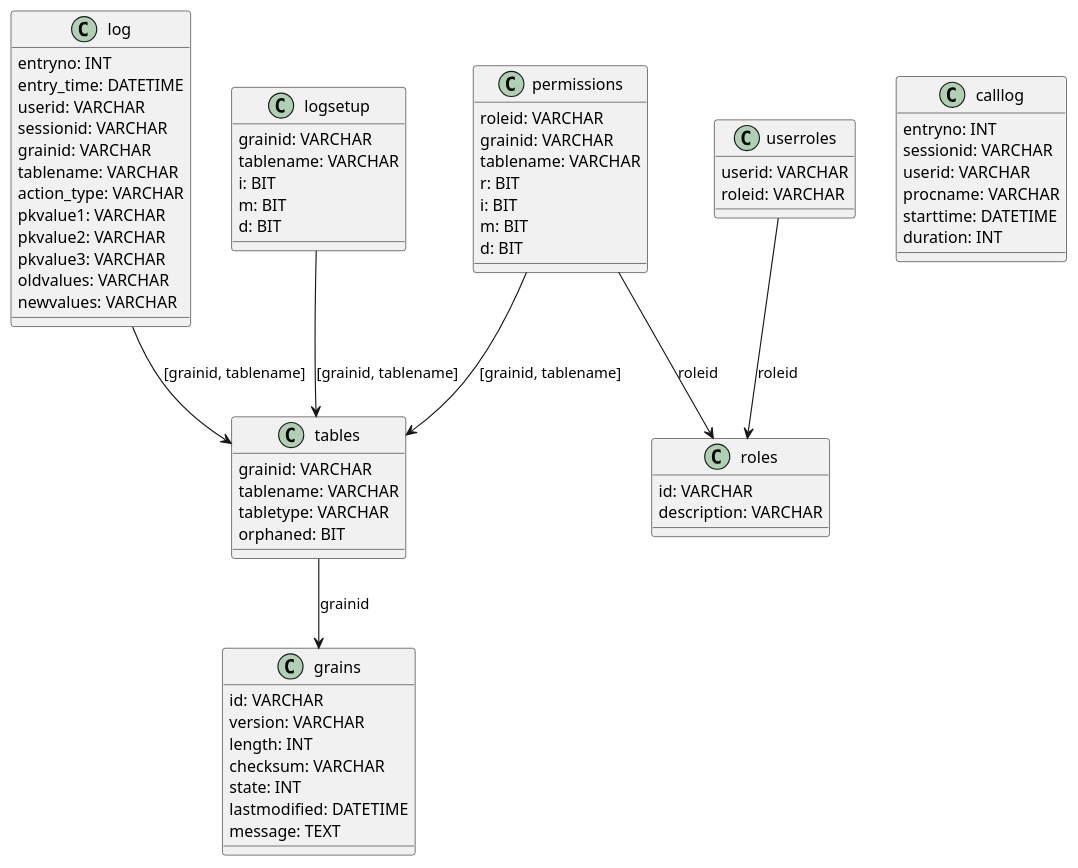
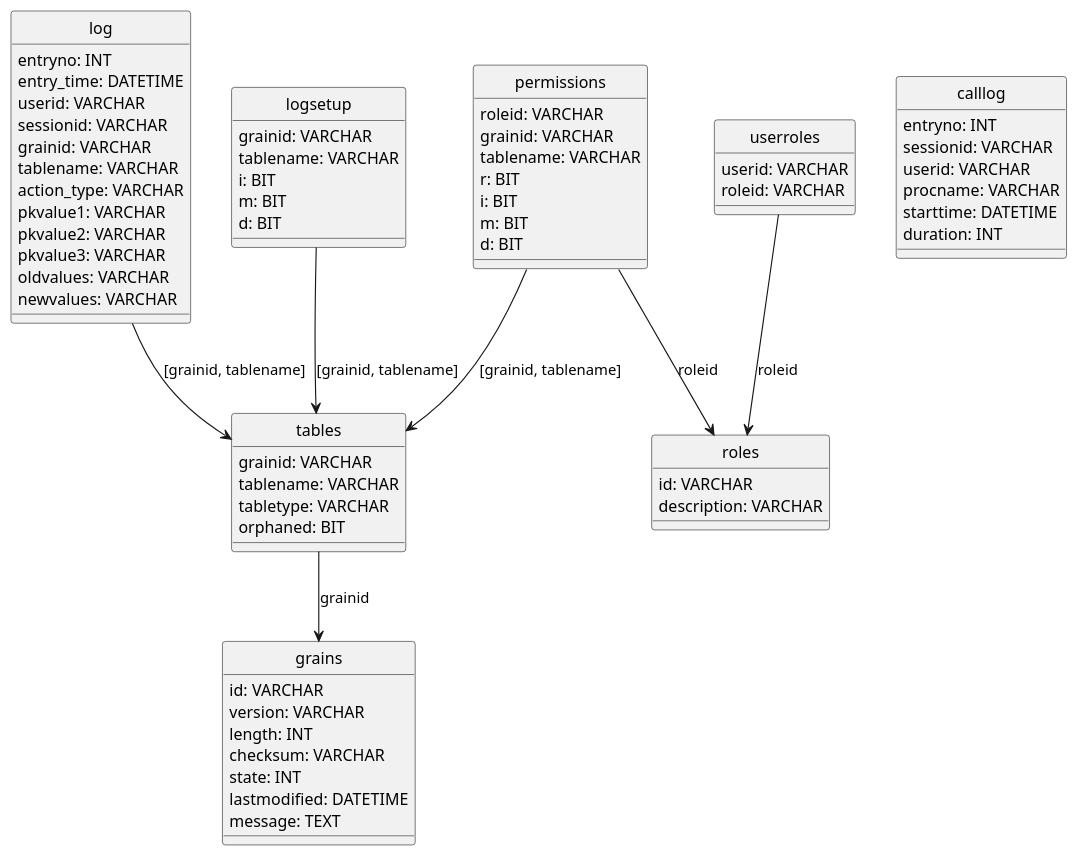
One commit to CourseOrchestra/celesta changed the diagram in celesta-documentation/src/main/asciidoc/1040_system_tables.adoc. Above: the diagram before and after it, drawn with PlantUML. The commit also changed 2 other files, not shown here.

Commit message:
column classes diagram

```diff
--- a/celesta-documentation/src/main/asciidoc/1040_system_tables.adoc
+++ b/celesta-documentation/src/main/asciidoc/1040_system_tables.adoc
@@ -25,6 +25,8 @@
 [plantuml, systemtables, png]
 ----
 @startuml
+
+hide circle
 
 class permissions {
   roleid: VARCHAR
```
